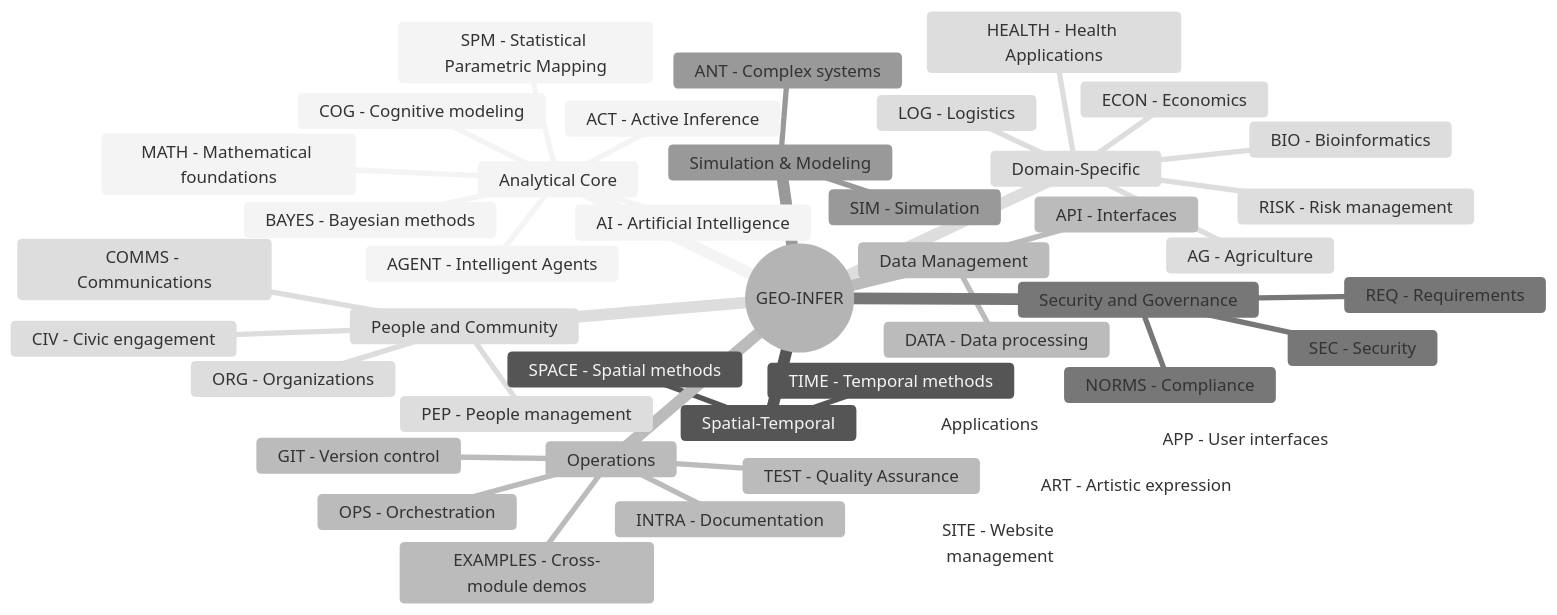
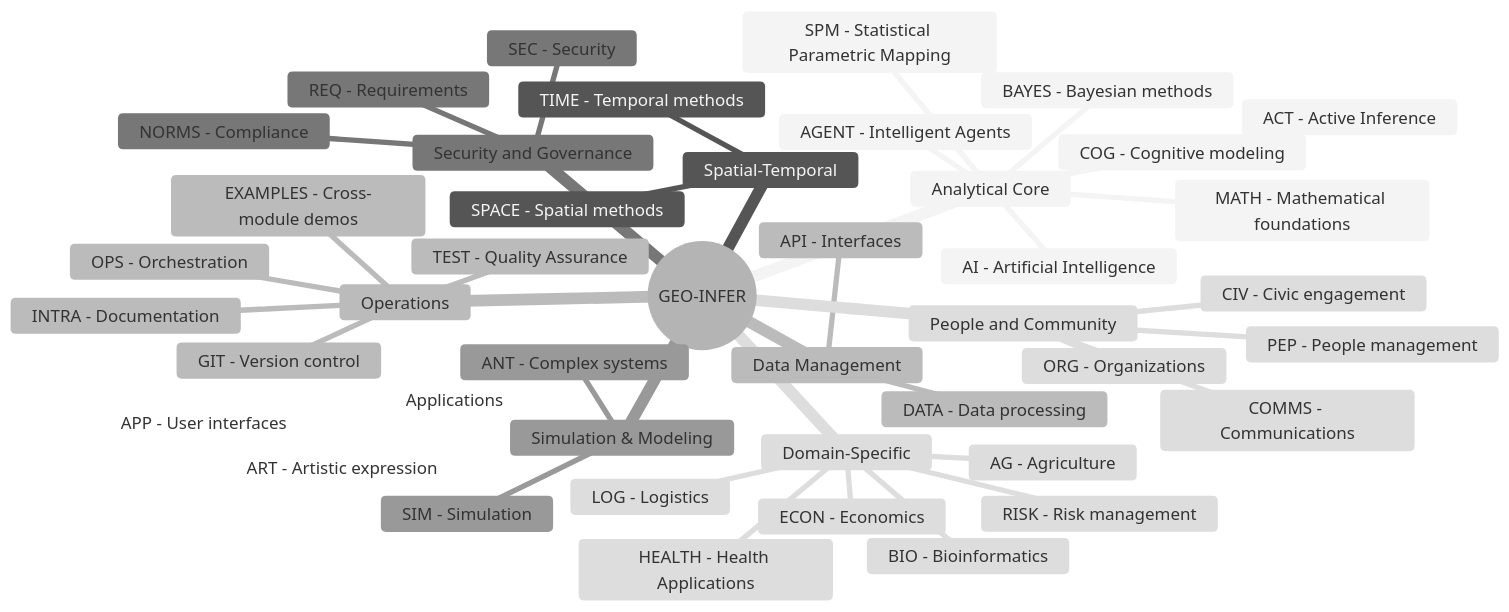
One commit to ActiveInferenceInstitute/GEO-INFER changed the first of 5 diagrams in README.md. Above: the diagram before and after it, drawn with Mermaid (neutral theme). The commit also changed other lines of this file, not shown here.

````diff
--- a/README.md
+++ b/README.md
@@ -27,47 +27,46 @@
 ```mermaid
 mindmap
   root((GEO-INFER))
     Analytical Core
       ACT - Active Inference
       BAYES - Bayesian methods
       AI - Artificial Intelligence
       MATH - Mathematical foundations
       COG - Cognitive modeling
       AGENT - Intelligent Agents
       SPM - Statistical Parametric Mapping
     Spatial-Temporal
       SPACE - Spatial methods
       TIME - Temporal methods
     Data Management
       DATA - Data processing
       API - Interfaces
     Security and Governance
       SEC - Security
       NORMS - Compliance
       REQ - Requirements
     Simulation & Modeling
       SIM - Simulation
       ANT - Complex systems
     People and Community
       CIV - Civic engagement
       PEP - People management
       ORG - Organizations
       COMMS - Communications
     Applications
       APP - User interfaces
       ART - Artistic expression
-      SITE - Website management
     Domain-Specific
       AG - Agriculture
       ECON - Economics
       RISK - Risk management
       LOG - Logistics
       BIO - Bioinformatics
       HEALTH - Health Applications
     Operations
       OPS - Orchestration
       INTRA - Documentation
       GIT - Version control
       TEST - Quality Assurance
       EXAMPLES - Cross-module demos
 ```
````
